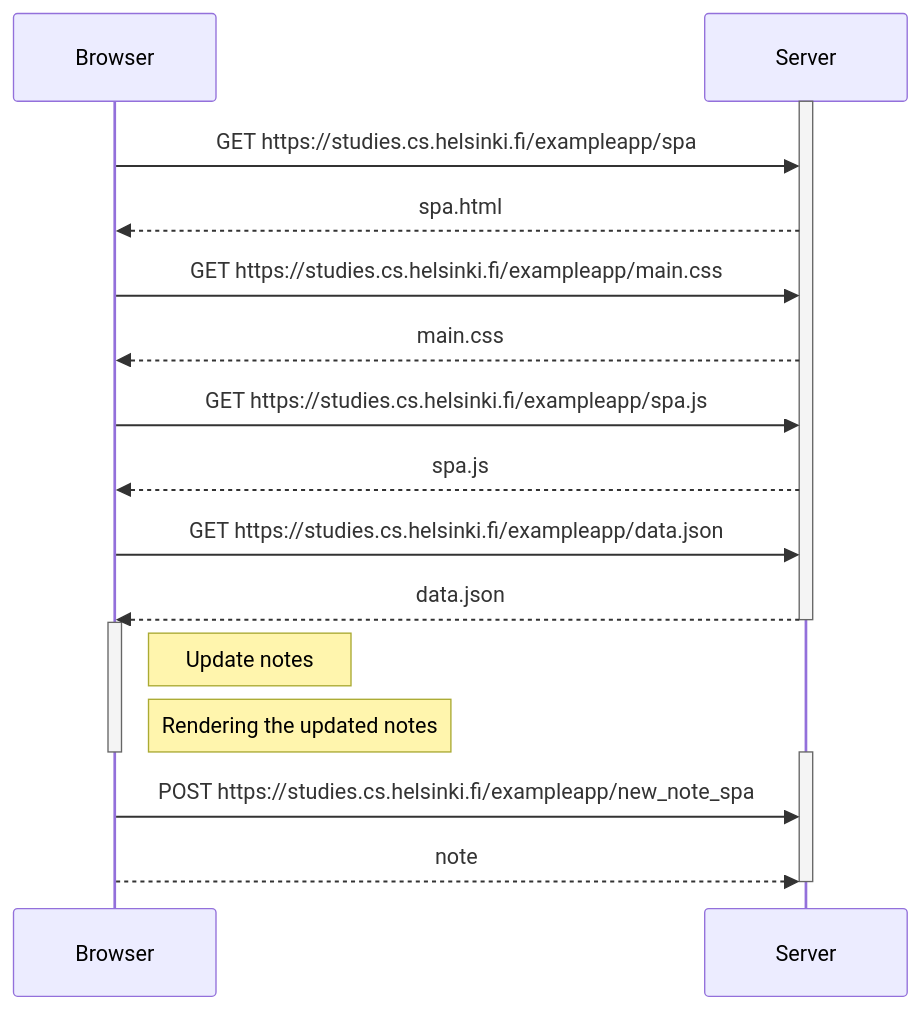
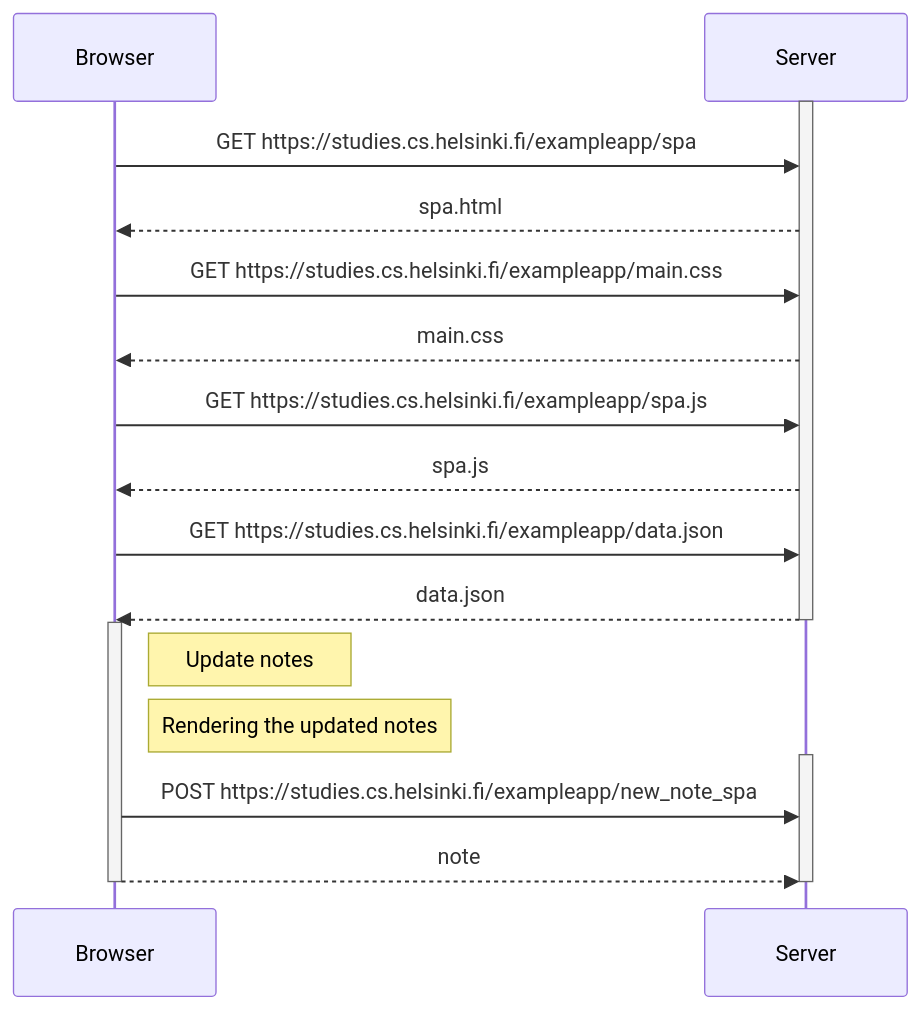
The diagram in part0/0.6/newnote.md (omgmvi/fullstackopen2023), drawn with Mermaid before and after one commit.

Commit message:
Update newnote.md
Similar description of 0.6 but not extending my understanding of what happens when a note is added to the list

````diff
--- a/part0/0.6/newnote.md
+++ b/part0/0.6/newnote.md
@@ -7,24 +9,23 @@
 ```mermaid
 sequenceDiagram
 participant B as Browser
 participant S as Server
 activate S
 B->>S: GET https://studies.cs.helsinki.fi/exampleapp/spa
 S-->>B: spa.html
 B->>S: GET https://studies.cs.helsinki.fi/exampleapp/main.css
 S-->>B: main.css
 B->>S: GET https://studies.cs.helsinki.fi/exampleapp/spa.js
 S-->>B: spa.js
 B->>S: GET https://studies.cs.helsinki.fi/exampleapp/data.json
 S-->>B: data.json
 deactivate S
 activate B
 Note right of B : Update notes
 Note right of B: Rendering the updated notes
-deactivate B
-
 activate S
 B->>S: POST  https://studies.cs.helsinki.fi/exampleapp/new_note_spa
 B-->>S: note
+deactivate B
 deactivate S
 ```
````
